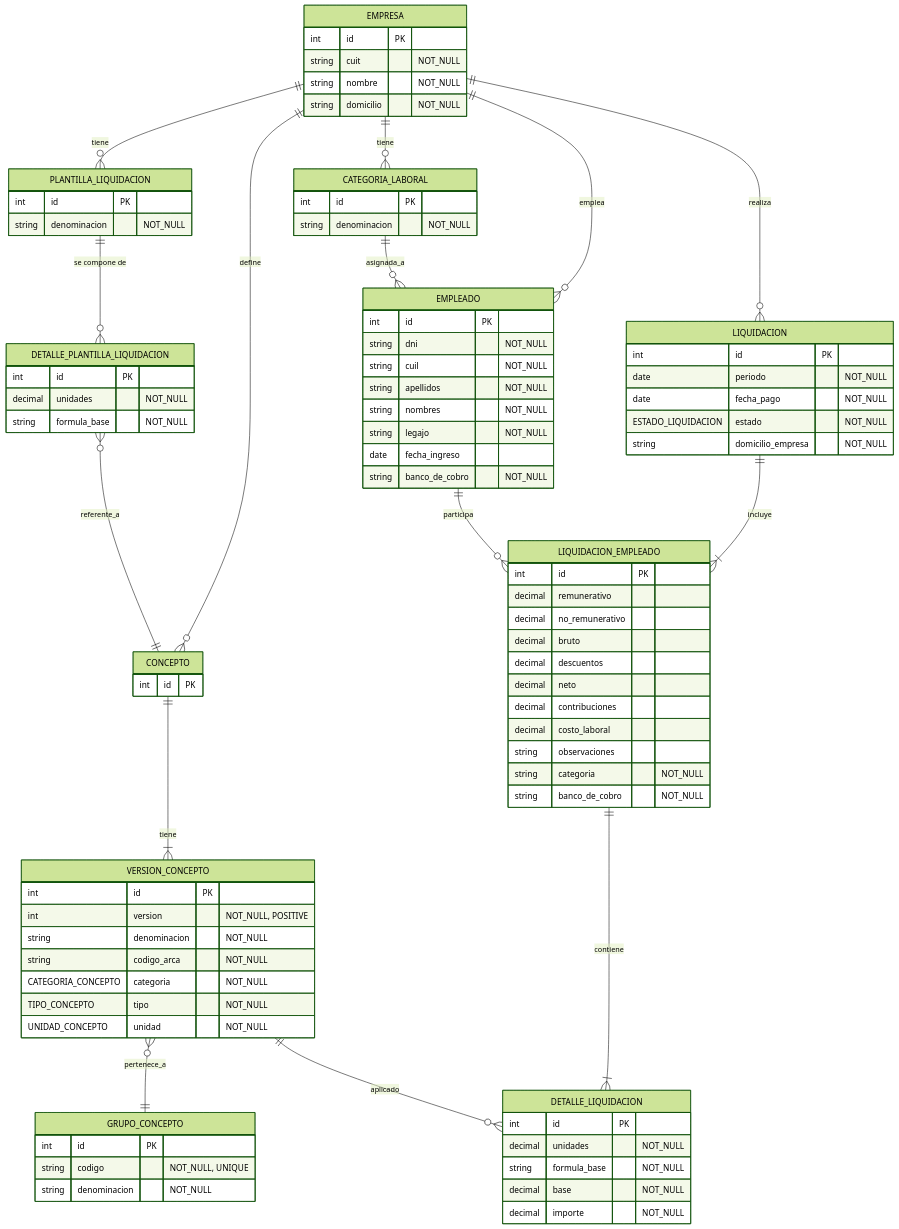
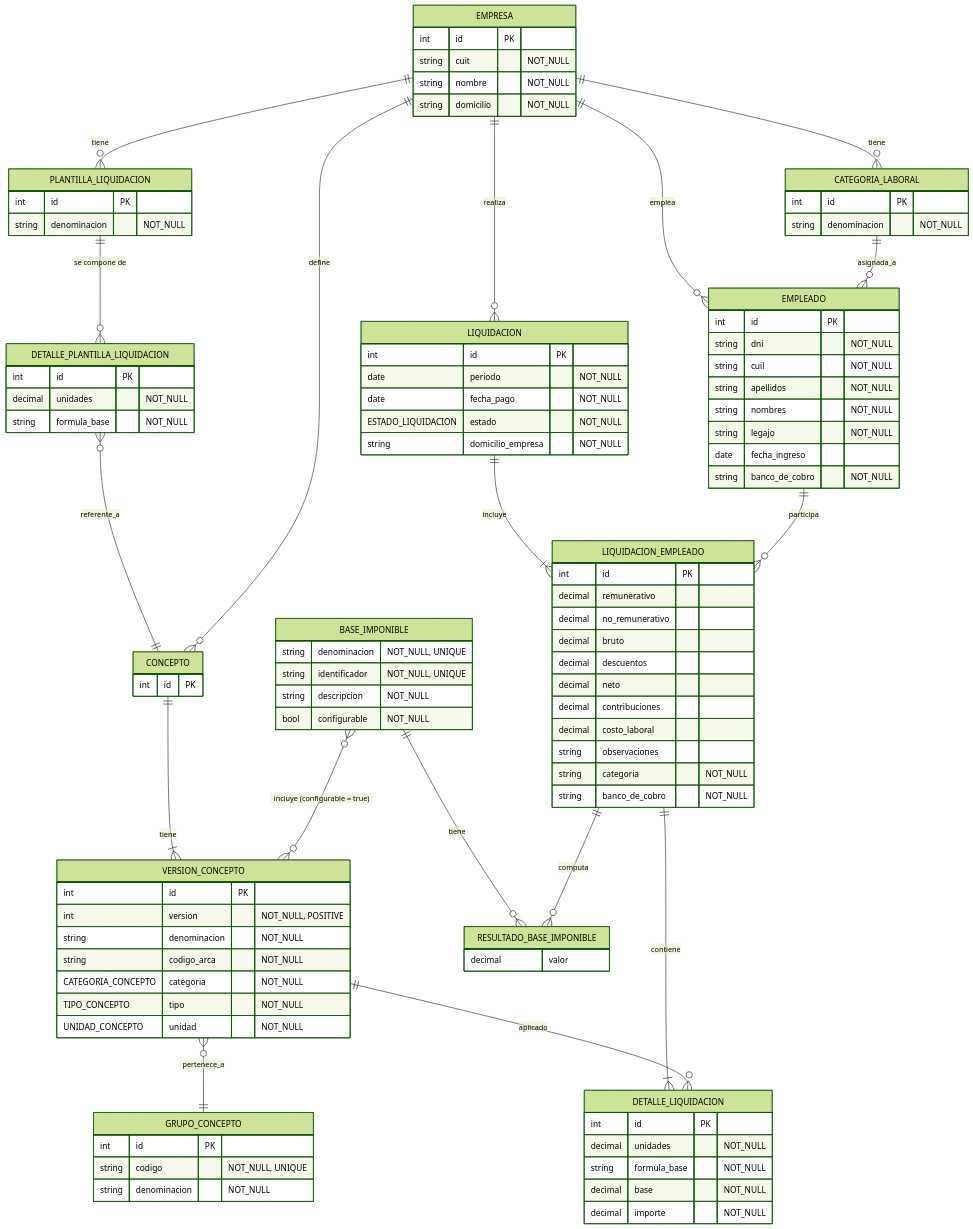
Before and after one commit to IgnacioAusili/ms_contable: the diagram in docs/dominio/der.md, drawn with Mermaid (forest theme). The commit also changed 34 other files, not shown here.

````diff
--- a/docs/dominio/der.md
+++ b/docs/dominio/der.md
@@ -22,6 +22,10 @@
     LIQUIDACION_EMPLEADO ||--|{ DETALLE_LIQUIDACION : contiene
     VERSION_CONCEPTO ||--o{ DETALLE_LIQUIDACION : aplicado
     
+    BASE_IMPONIBLE }o--o{ VERSION_CONCEPTO : "incluye (configurable = true)"
+    BASE_IMPONIBLE ||--o{ RESULTADO_BASE_IMPONIBLE : tiene
+    LIQUIDACION_EMPLEADO ||--o{ RESULTADO_BASE_IMPONIBLE : computa 
+
     EMPRESA {
         int id PK
         %% DJANGO BLANK: false 
@@ -55,6 +59,18 @@
         string denominacion "NOT_NULL"
     }
 
+    BASE_IMPONIBLE {
+        %% DJANGO BLANK: false 
+        string denominacion "NOT_NULL, UNIQUE"
+        %% DJANGO BLANK: false 
+        string identificador "NOT_NULL, UNIQUE"
+        %% DJANGO BLANK: true 
+        string descripcion "NOT_NULL"
+        %% DJANGO BLANK: false 
+        %% indica si la composición de la base puede configurarla el usuario asociando conceptos
+        bool configurable "NOT_NULL"
+    }
+
     CONCEPTO {
         int id PK
     }
@@ -86,7 +102,7 @@
         %% DJANGO CHOICES: trabajador, empleador
         CATEGORIA_CONCEPTO categoria "NOT_NULL"
         %% DJANGO BLANK: false 
-        %% DJANGO CHOICES: remunerativo, no remunerativo, descuento, redondeo, contribucion
+        %% DJANGO CHOICES: remunerativo, no remunerativo, descuento, contribucion
         TIPO_CONCEPTO tipo "NOT_NULL"
         %% DJANGO BLANK: false 
         %% DJANGO CHOICES: cantidad, porcentaje
@@ -126,7 +142,6 @@
         date fecha_pago "NOT_NULL"
         %% DJANGO BLANK: false 
         %% DJANGO CHOICES: borrador, cerrada
-        %% Reglas de Negocio: una vez cerrada no se puede modificar
         ESTADO_LIQUIDACION estado "NOT_NULL"
         %% snapshot de los datos maestros que son necesarios y que podrian cambiar
         string domicilio_empresa "NOT_NULL"
@@ -157,7 +172,11 @@
         string formula_base "NOT_NULL"
         %% puede estar expresado en terminos de otros conceptos
         decimal base "NOT_NULL"
-        %% DJANGO HELP_TEXT: unidades * base
+        %% importe calculado a partir de unidades, unidad y base
         decimal importe "NOT_NULL"
     }
+
+    RESULTADO_BASE_IMPONIBLE {
+        decimal valor
+    }
 ```
````
